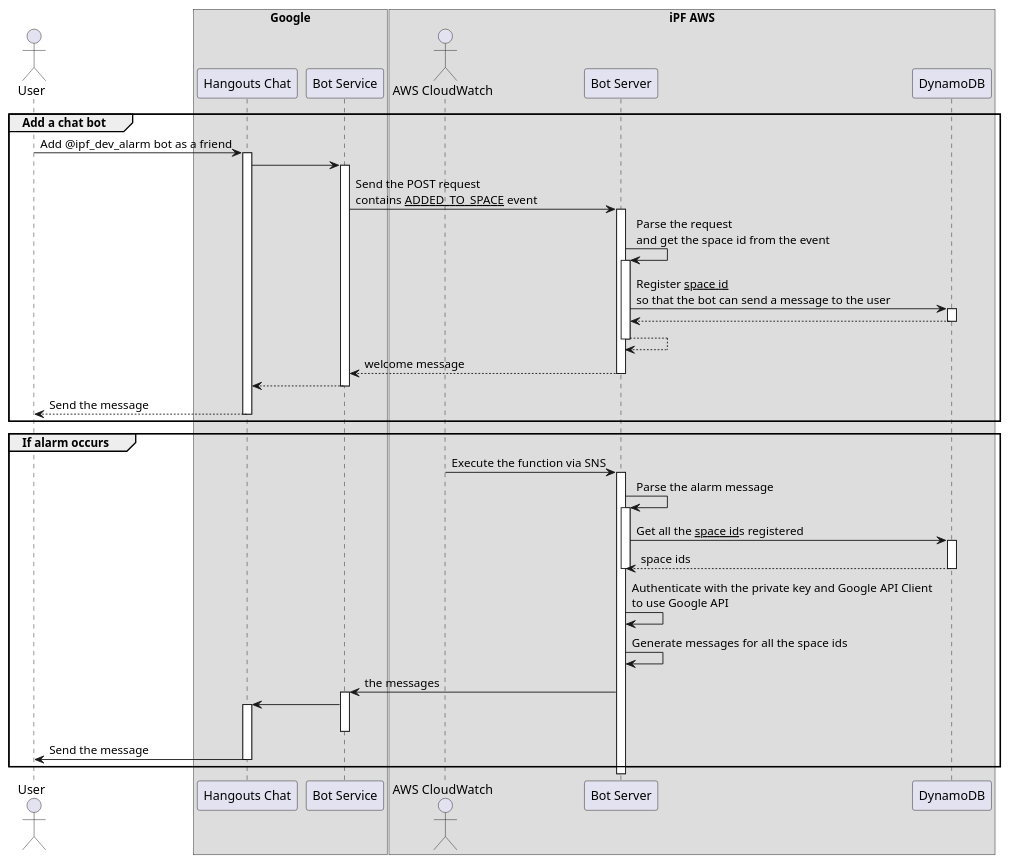
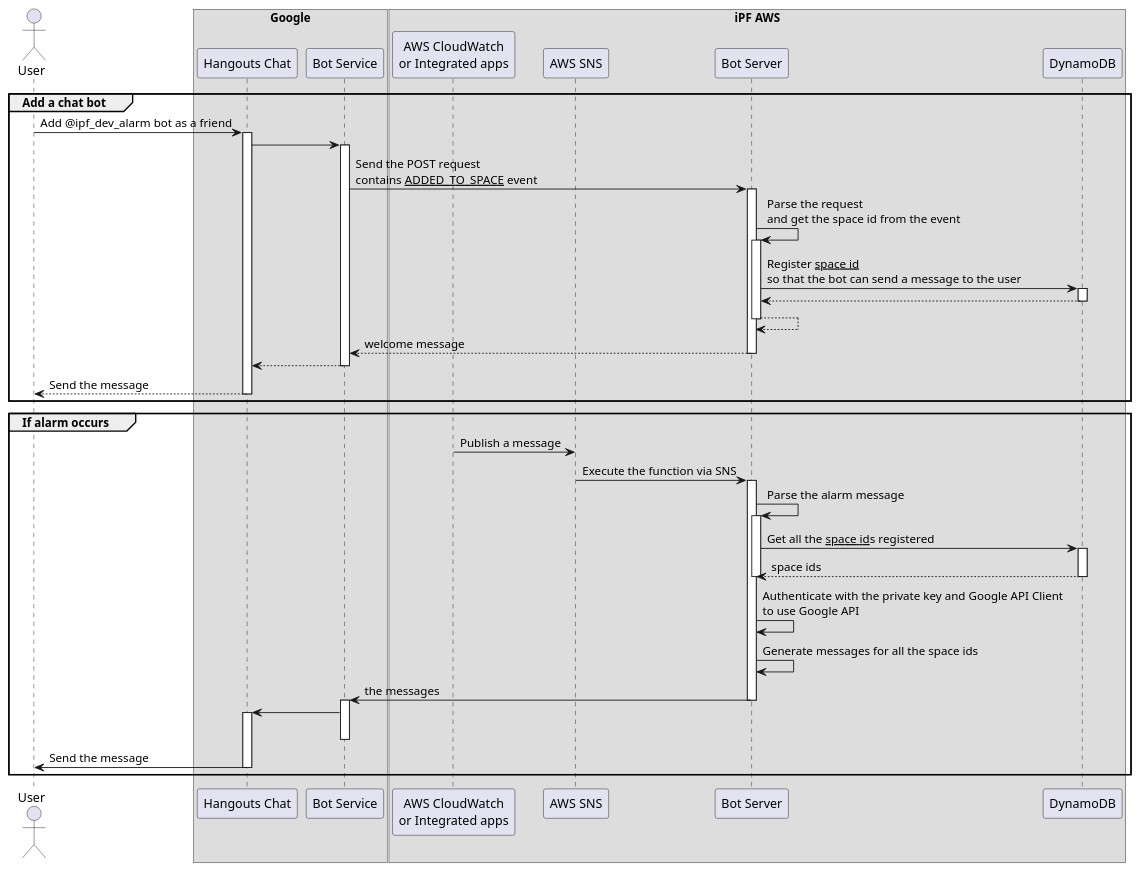
The diagram in docs/diagrams/src/status.wsd (Youngmi111/ipf-chatbot), drawn with PlantUML before and after one commit. The commit also changed 3 other files, not shown here.

```diff
--- a/docs/diagrams/src/status.wsd
+++ b/docs/diagrams/src/status.wsd
@@ -1,59 +1,62 @@
 @startuml
 
 actor User
 participant "Hangouts Chat" as chat
 participant "Bot Service" as bot
 participant "Bot Server" as server
 participant "DynamoDB" as db
 
 box "Google"
     participant chat
     participant bot
 end box
 
 box "iPF AWS"
-    actor "AWS CloudWatch" as alarm
+    participant "AWS CloudWatch\nor Integrated apps" as alarm
+    participant "AWS SNS" as sns
     participant server
     participant db
 end box
 
 
 group Add a chat bot
 User -> chat: Add @ipf_dev_alarm bot as a friend
 activate chat
 chat -> bot
 activate bot
 bot -> server: Send the POST request\ncontains __ADDED_TO_SPACE__ event
 activate server
 server -> server: Parse the request\nand get the space id from the event
 activate server
 server -> db: Register __space id__\nso that the bot can send a message to the user
 activate db
 return
 return 
 return welcome message
 return 
 return Send the message
 end
 
 group If alarm occurs
-alarm -> server: Execute the function via SNS
+alarm -> sns: Publish a message
+sns -> server: Execute the function via SNS
 activate server
 server -> server: Parse the alarm message
 activate server
 server -> db: Get all the __space id__s registered
 activate db
 return space ids
 deactivate server
 server -> server: Authenticate with the private key and Google API Client\nto use Google API
 server -> server: Generate messages for all the space ids
 server -> bot: the messages
+deactivate server
 activate bot
 bot -> chat
 activate chat
 deactivate bot
 chat -> User: Send the message
 deactivate chat
 end
 
 @enduml
```
